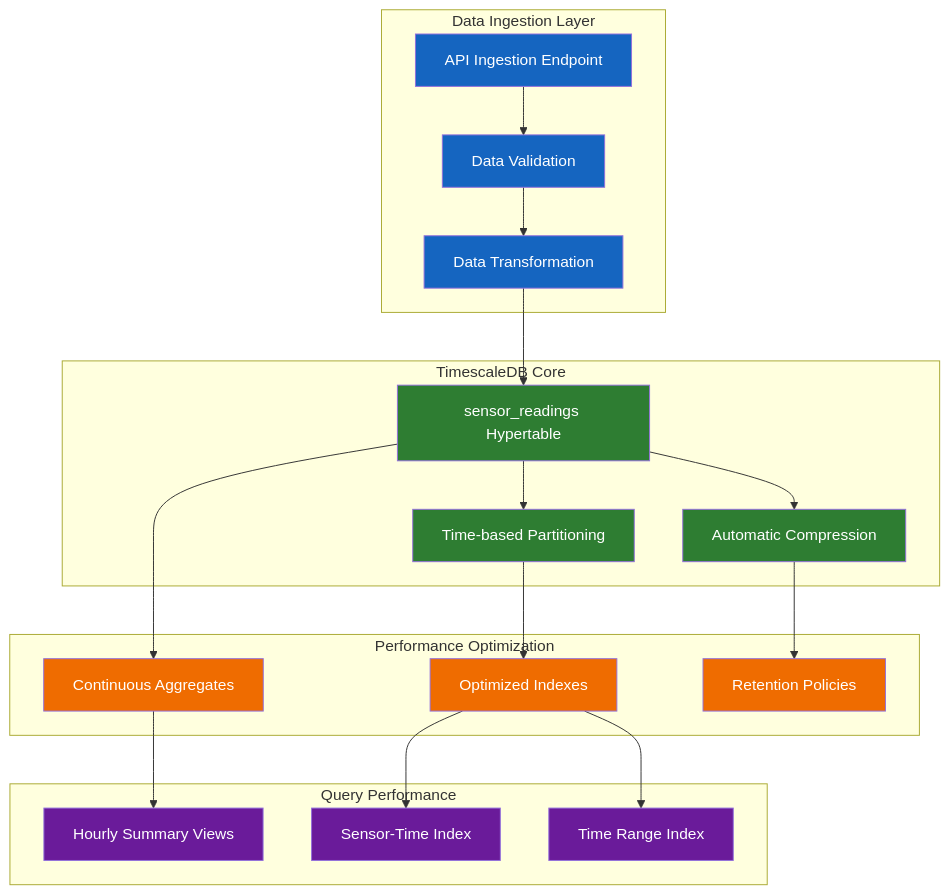
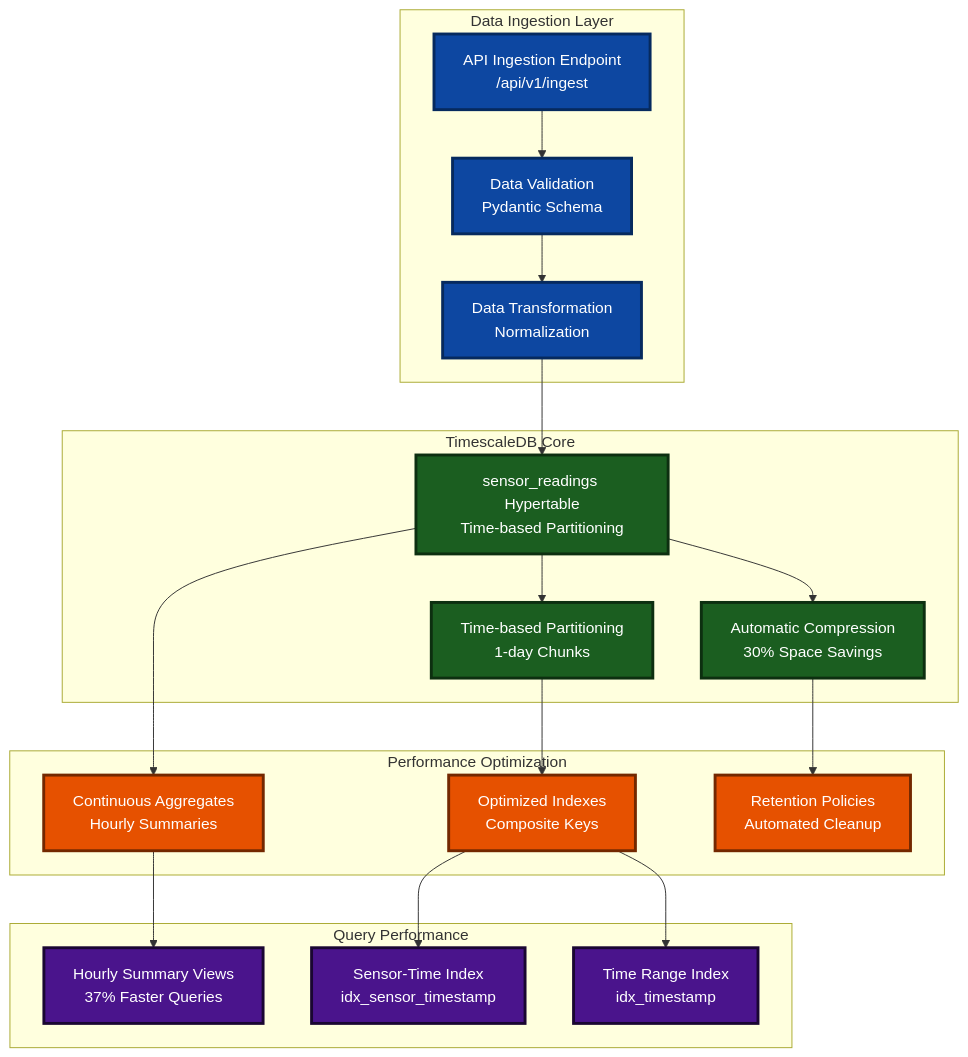
One commit to YanCotta/enterprise_challenge_sprint_1_hermes_reply changed the fourth of 25 diagrams in smart-maintenance-saas/docs/SYSTEM_AND_ARCHITECTURE.md. Above: the diagram before and after it, drawn with Mermaid. The commit also changed other lines of this file, not shown here.

Commit message:
Add comprehensive system diagrams with darker colors for better visibility

````diff
--- a/smart-maintenance-saas/docs/SYSTEM_AND_ARCHITECTURE.md
+++ b/smart-maintenance-saas/docs/SYSTEM_AND_ARCHITECTURE.md
@@ -204,51 +204,51 @@
 ```mermaid
 graph TD
     subgraph "Data Ingestion Layer"
-        API_INGEST[API Ingestion Endpoint]
-        VALIDATION[Data Validation]
-        TRANSFORM[Data Transformation]
+        API_INGEST[API Ingestion Endpoint<br/>/api/v1/ingest]
+        VALIDATION[Data Validation<br/>Pydantic Schema]
+        TRANSFORM[Data Transformation<br/>Normalization]
     end
 
     subgraph "TimescaleDB Core"
-        HYPERTABLE[sensor_readings Hypertable]
-        COMPRESSION[Automatic Compression]
-        PARTITIONING[Time-based Partitioning]
+        HYPERTABLE[sensor_readings Hypertable<br/>Time-based Partitioning]
+        COMPRESSION[Automatic Compression<br/>30% Space Savings]
+        PARTITIONING[Time-based Partitioning<br/>1-day Chunks]
     end
 
     subgraph "Performance Optimization"
-        CONT_AGG[Continuous Aggregates]
-        INDEXES[Optimized Indexes]
-        RETENTION[Retention Policies]
+        CONT_AGG[Continuous Aggregates<br/>Hourly Summaries]
+        INDEXES[Optimized Indexes<br/>Composite Keys]
+        RETENTION[Retention Policies<br/>Automated Cleanup]
     end
 
     subgraph "Query Performance"
-        HOURLY_VIEW[Hourly Summary Views]
-        SENSOR_INDEX[Sensor-Time Index]
-        TIME_INDEX[Time Range Index]
+        HOURLY_VIEW[Hourly Summary Views<br/>37% Faster Queries]
+        SENSOR_INDEX[Sensor-Time Index<br/>idx_sensor_timestamp]
+        TIME_INDEX[Time Range Index<br/>idx_timestamp]
     end
 
     API_INGEST --> VALIDATION
     VALIDATION --> TRANSFORM
     TRANSFORM --> HYPERTABLE
 
     HYPERTABLE --> COMPRESSION
     HYPERTABLE --> PARTITIONING
     HYPERTABLE --> CONT_AGG
 
     CONT_AGG --> HOURLY_VIEW
     INDEXES --> SENSOR_INDEX
     INDEXES --> TIME_INDEX
 
     COMPRESSION --> RETENTION
     PARTITIONING --> INDEXES
 
-    classDef ingestion fill:#1565C0,color:#ffffff
-    classDef core fill:#2E7D32,color:#ffffff
-    classDef optimization fill:#EF6C00,color:#ffffff
-    classDef performance fill:#6A1B9A,color:#ffffff
+    classDef ingestion fill:#0D47A1,color:#ffffff,stroke:#062a5e,stroke-width:3px
+    classDef core fill:#1B5E20,color:#ffffff,stroke:#0d2f10,stroke-width:3px
+    classDef optimization fill:#E65100,color:#ffffff,stroke:#732800,stroke-width:3px
+    classDef performance fill:#4A148C,color:#ffffff,stroke:#1a0632,stroke-width:3px
 
     class API_INGEST,VALIDATION,TRANSFORM ingestion
     class HYPERTABLE,COMPRESSION,PARTITIONING core
     class CONT_AGG,INDEXES,RETENTION optimization
     class HOURLY_VIEW,SENSOR_INDEX,TIME_INDEX performance
 ```
````
